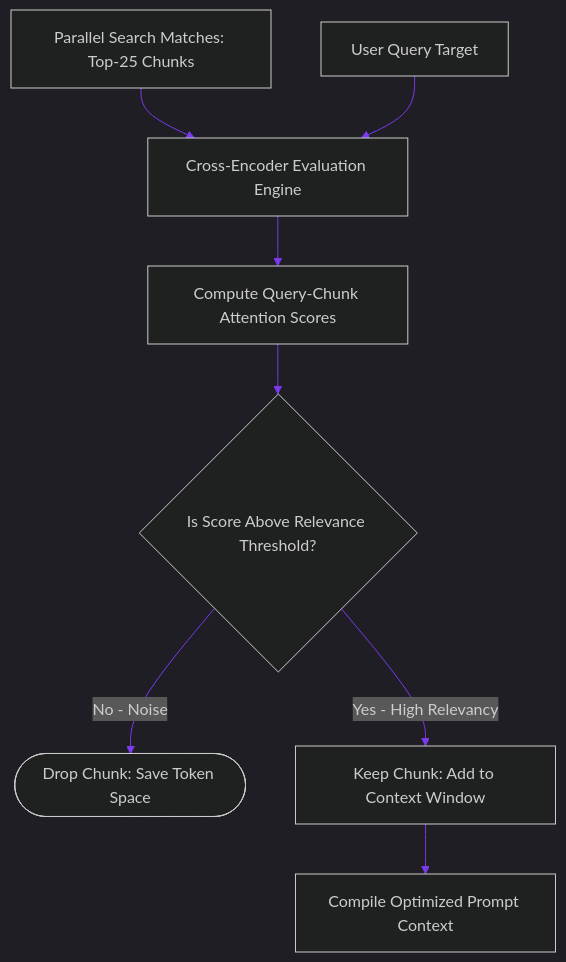
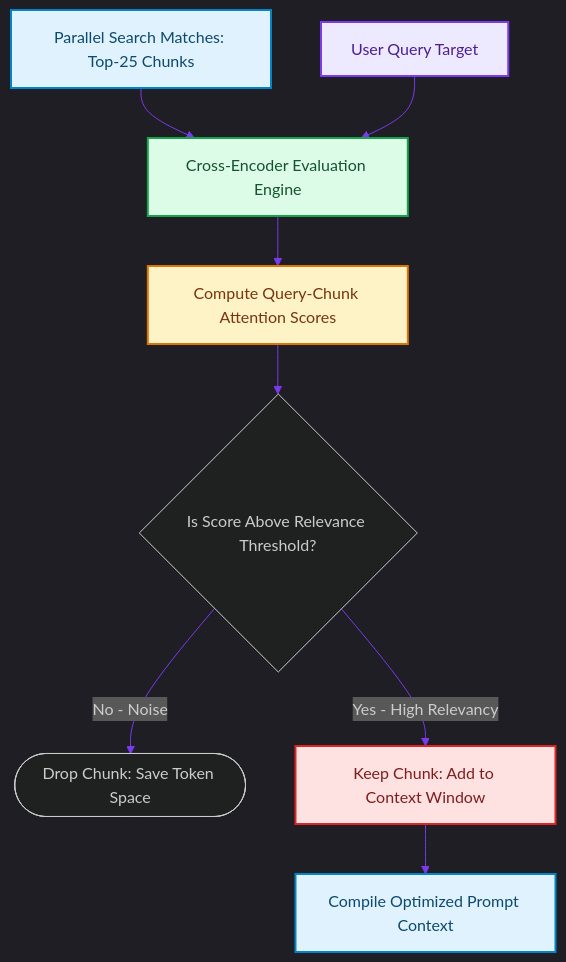
The diagram in blog/posts/rag-cross-encoder-reranking-context-compression.md (akmalkhaniub/akmalkhaniub.github.io), drawn with Mermaid before and after one commit. The commit also changed other lines of this file and 1291 other files, not shown here.

First line of the commit message:
feat(catalog): unique covers, scholarly references, and diagram palettes

````diff
--- a/blog/posts/rag-cross-encoder-reranking-context-compression.md
+++ b/blog/posts/rag-cross-encoder-reranking-context-compression.md
@@ -16,14 +16,25 @@
 ```mermaid
 %%{init: {'theme': 'dark', 'themeVariables': { 'primaryColor': '#7c3aed', 'primaryTextColor': '#f3f4f6', 'primaryBorderColor': '#a78bfa', 'lineColor': '#7c3aed', 'secondaryColor': '#111827', 'tertiaryColor': '#0b0f19'}}}%%
 flowchart TD
-    Matches[Parallel Search Matches: Top-25 Chunks] --> Rerank[Cross-Encoder Evaluation Engine]
-    Query[User Query Target] --> Rerank
+    Matches["Parallel Search Matches: Top-25 Chunks"] --> Rerank["Cross-Encoder Evaluation Engine"]
+    Query["User Query Target"] --> Rerank
     
-    Rerank --> Score[Compute Query-Chunk Attention Scores]
+    Rerank --> Score["Compute Query-Chunk Attention Scores"]
     Score --> Filter{Is Score Above Relevance Threshold?}
     
     Filter -->|No - Noise| Drop([Drop Chunk: Save Token Space])
-    Filter -->|Yes - High Relevancy| Keep[Keep Chunk: Add to Context Window]
+    Filter -->|Yes - High Relevancy| Keep["Keep Chunk: Add to Context Window"]
     
-    Keep --> Prompt[Compile Optimized Prompt Context]
+    Keep --> Prompt["Compile Optimized Prompt Context"]
+
+classDef green fill:#dcfce7,stroke:#16a34a,stroke-width:2px,color:#14532d;
+classDef red fill:#fee2e2,stroke:#dc2626,stroke-width:2px,color:#7f1d1d;
+classDef blue fill:#e0f2fe,stroke:#0284c7,stroke-width:2px,color:#0c4a6e;
+classDef yellow fill:#fef3c7,stroke:#d97706,stroke-width:2px,color:#78350f;
+classDef purple fill:#ede9fe,stroke:#7c3aed,stroke-width:2px,color:#4c1d95;
+class Matches,Prompt blue
+class Rerank green
+class Query purple
+class Score yellow
+class Keep red
 ```
````
